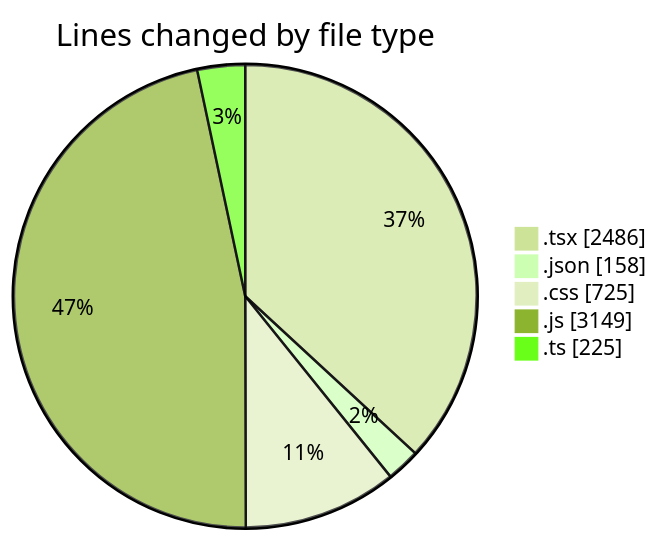
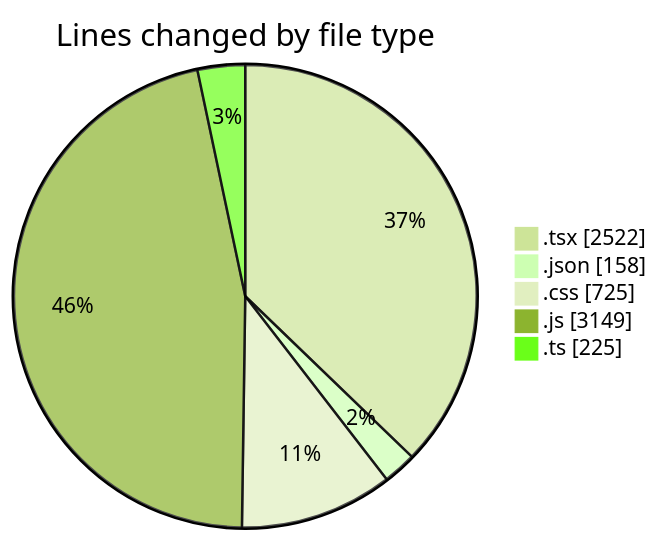
One commit to Elitesun/code-tracking changed the first of 2 diagrams in 2025-05-15/laala_boost/README.md. Above: the diagram before and after it, drawn with Mermaid (forest theme). The commit also changed other lines of this file and 1 other file, not shown here.

````diff
--- a/2025-05-15/laala_boost/README.md
+++ b/2025-05-15/laala_boost/README.md
@@ -40,9 +40,9 @@
 ```mermaid
 pie showData
 title Lines changed by file type
-".tsx" : 2486
+".tsx" : 2522
 ".json" : 158
 ".css" : 725
 ".js" : 3149
 ".ts" : 225
 ```
````
